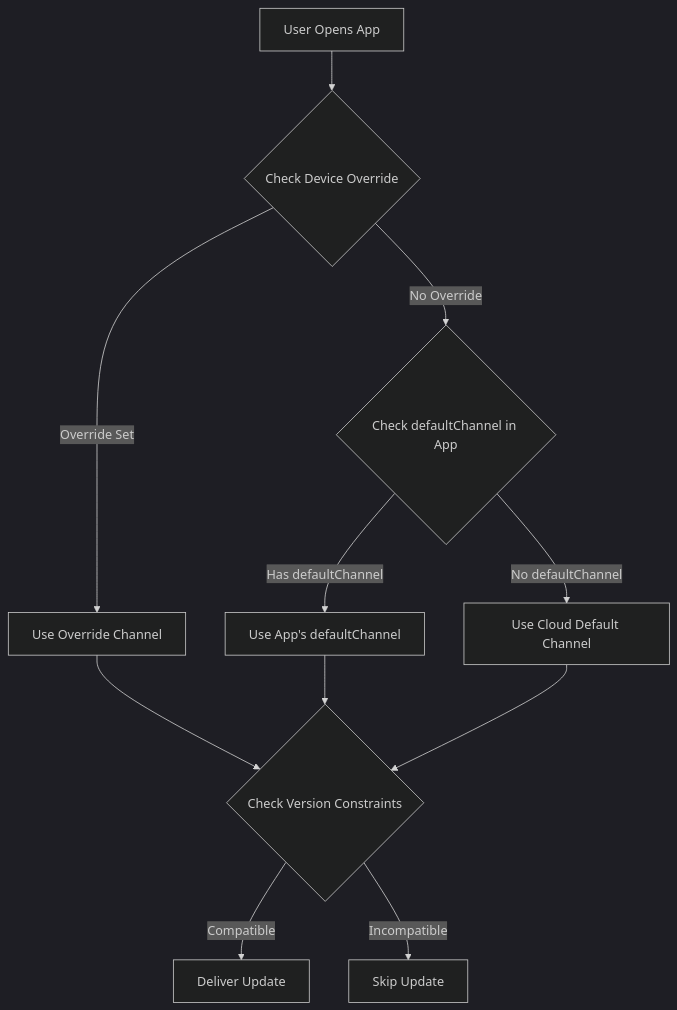
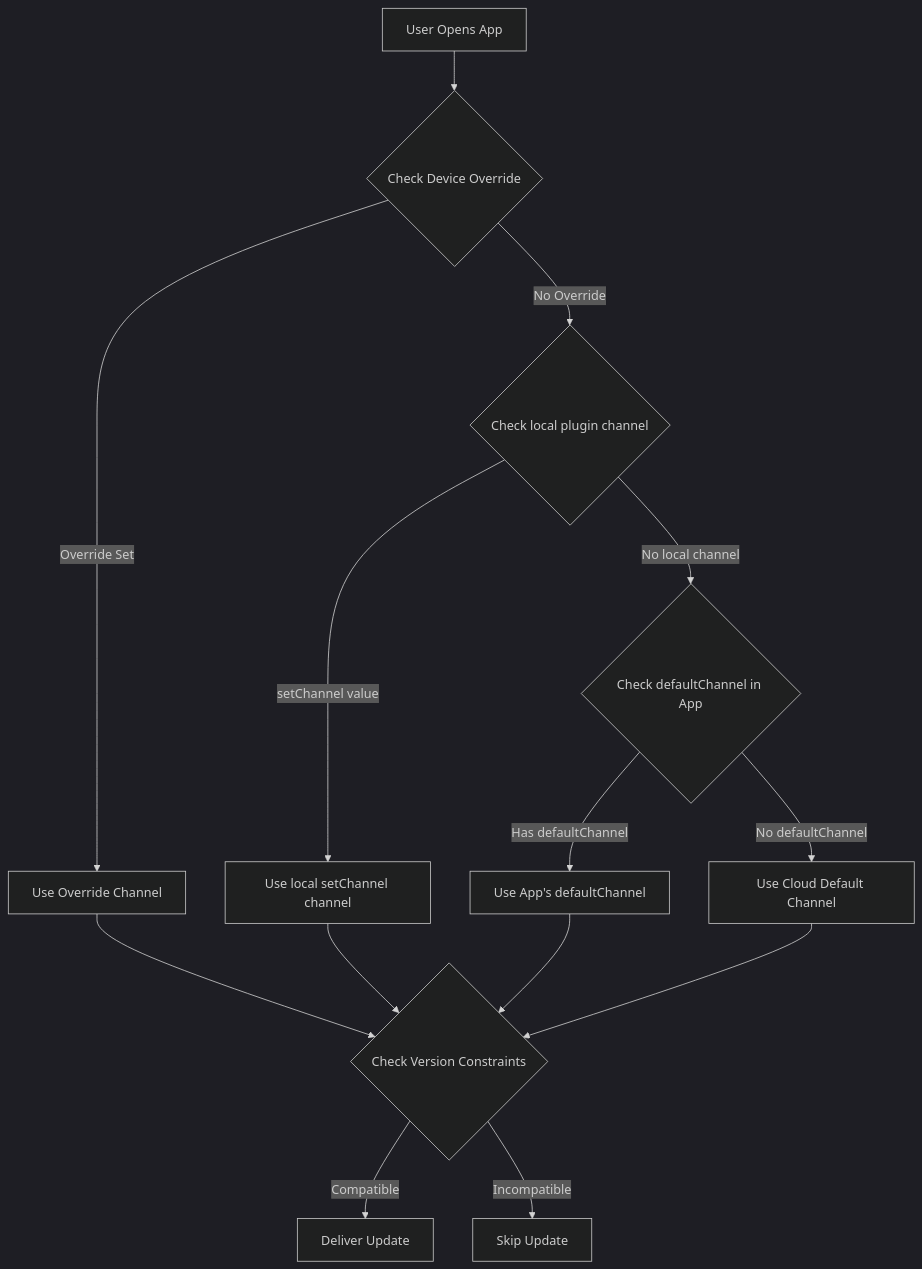
One commit to Cap-go/website changed the diagram in apps/docs/src/content/docs/docs/live-updates/version-targeting.mdx. Above: the diagram before and after it, drawn with Mermaid (dark theme). The commit also changed 3 other files, not shown here.

Commit message:
docs: address setChannel precedence feedback

````diff
--- a/apps/docs/src/content/docs/docs/live-updates/version-targeting.mdx
+++ b/apps/docs/src/content/docs/docs/live-updates/version-targeting.mdx
@@ -53,13 +53,16 @@
 ```mermaid
 graph TD
     A[User Opens App] --> B{Check Device Override}
     B -->|Override Set| C[Use Override Channel]
-    B -->|No Override| D{Check defaultChannel in App}
-    D -->|Has defaultChannel| E[Use App's defaultChannel]
-    D -->|No defaultChannel| F[Use Cloud Default Channel]
-    C --> G{Check Version Constraints}
-    E --> G
-    F --> G
-    G -->|Compatible| H[Deliver Update]
-    G -->|Incompatible| I[Skip Update]
+    B -->|No Override| D{Check local plugin channel}
+    D -->|setChannel value| E[Use local setChannel channel]
+    D -->|No local channel| F{Check defaultChannel in App}
+    F -->|Has defaultChannel| G[Use App's defaultChannel]
+    F -->|No defaultChannel| H[Use Cloud Default Channel]
+    C --> I{Check Version Constraints}
+    E --> I
+    G --> I
+    H --> I
+    I -->|Compatible| J[Deliver Update]
+    I -->|Incompatible| K[Skip Update]
 ```
````
